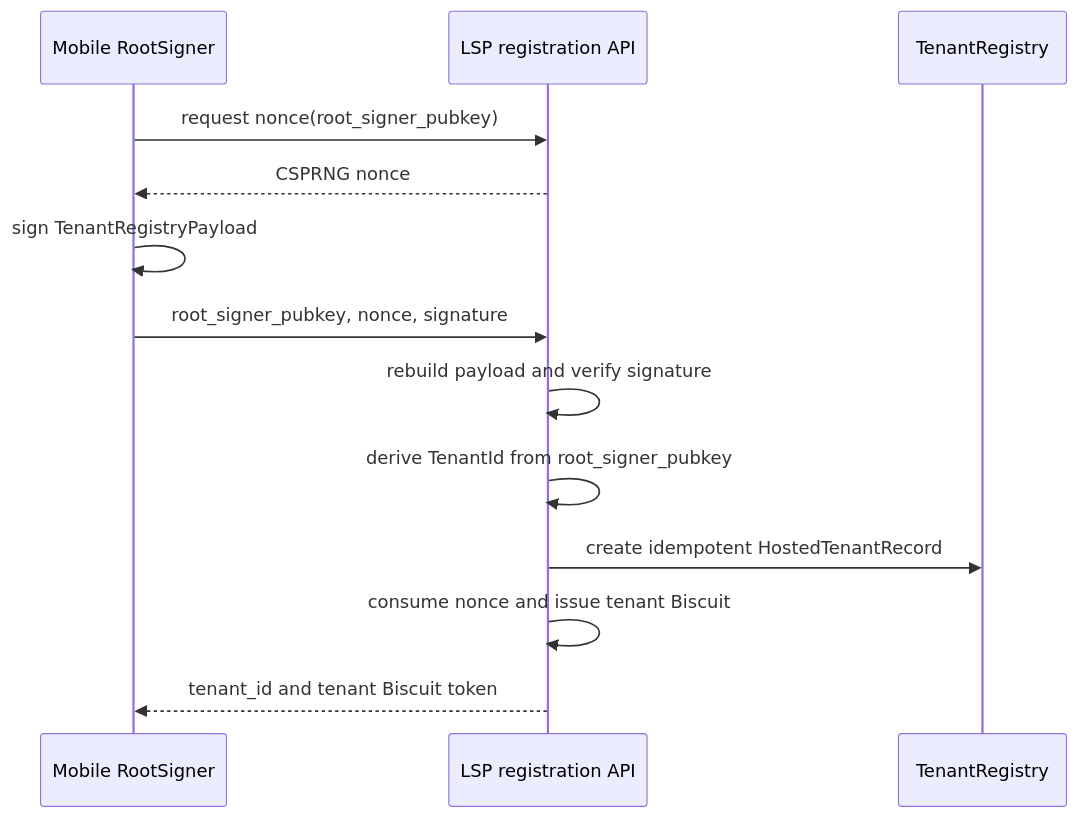
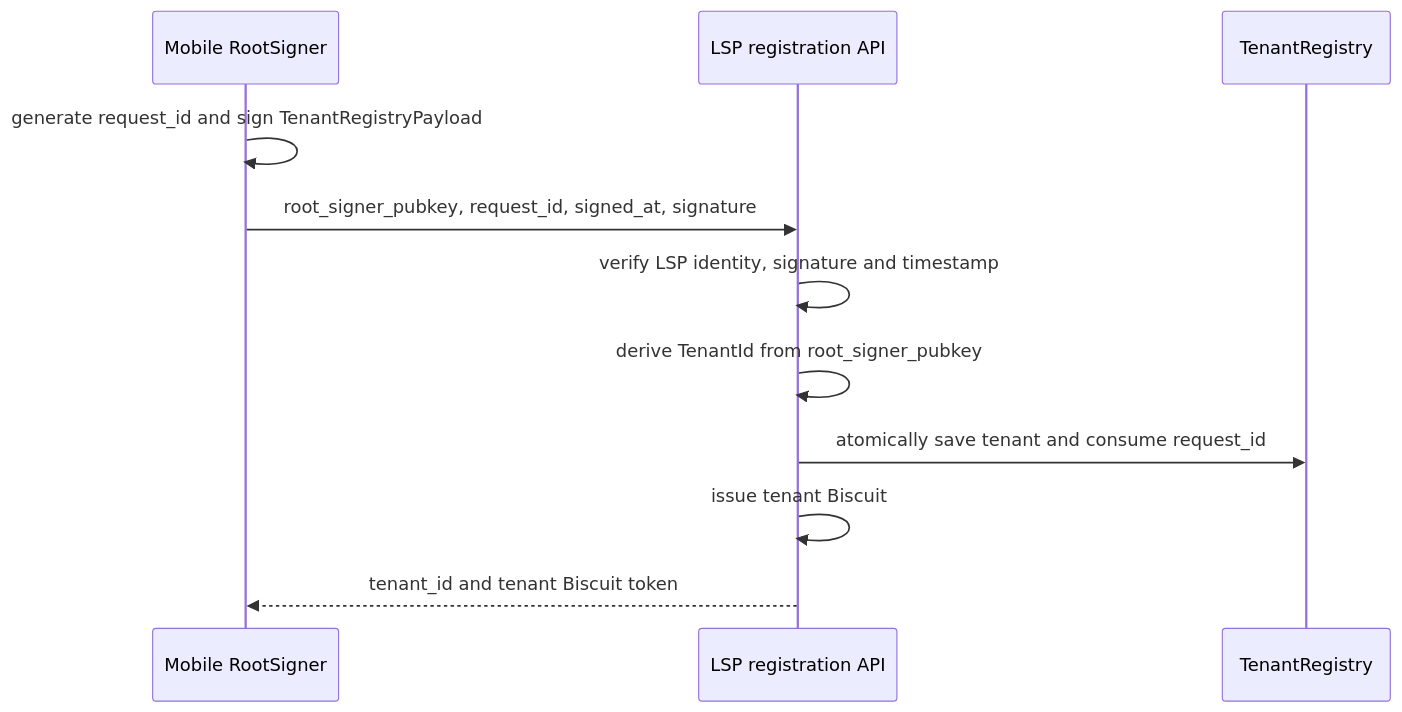
Before and after one commit to nervosnetwork/fiber: the third of 4 diagrams in docs/notes/hosted-lsp-remote-signer.md, drawn with Mermaid. The commit also changed other lines of this file and 36 other files, not shown here.

First line of the commit message:
refactor(lsp): reuse standard RPCs for hosted tenants

````diff
--- a/docs/notes/hosted-lsp-remote-signer.md
+++ b/docs/notes/hosted-lsp-remote-signer.md
@@ -399,16 +397,14 @@
 ```mermaid
 sequenceDiagram
     participant M as Mobile RootSigner
     participant API as LSP registration API
     participant TR as TenantRegistry
 
-    M->>API: request nonce(root_signer_pubkey)
-    API-->>M: CSPRNG nonce
-    M->>M: sign TenantRegistryPayload
-    M->>API: root_signer_pubkey, nonce, signature
-    API->>API: rebuild payload and verify signature
+    M->>M: generate request_id and sign TenantRegistryPayload
+    M->>API: root_signer_pubkey, request_id, signed_at, signature
+    API->>API: verify LSP identity, signature and timestamp
     API->>API: derive TenantId from root_signer_pubkey
-    API->>TR: create idempotent HostedTenantRecord
-    API->>API: consume nonce and issue tenant Biscuit
+    API->>TR: atomically save tenant and consume request_id
+    API->>API: issue tenant Biscuit
     API-->>M: tenant_id and tenant Biscuit token
 ```
````
